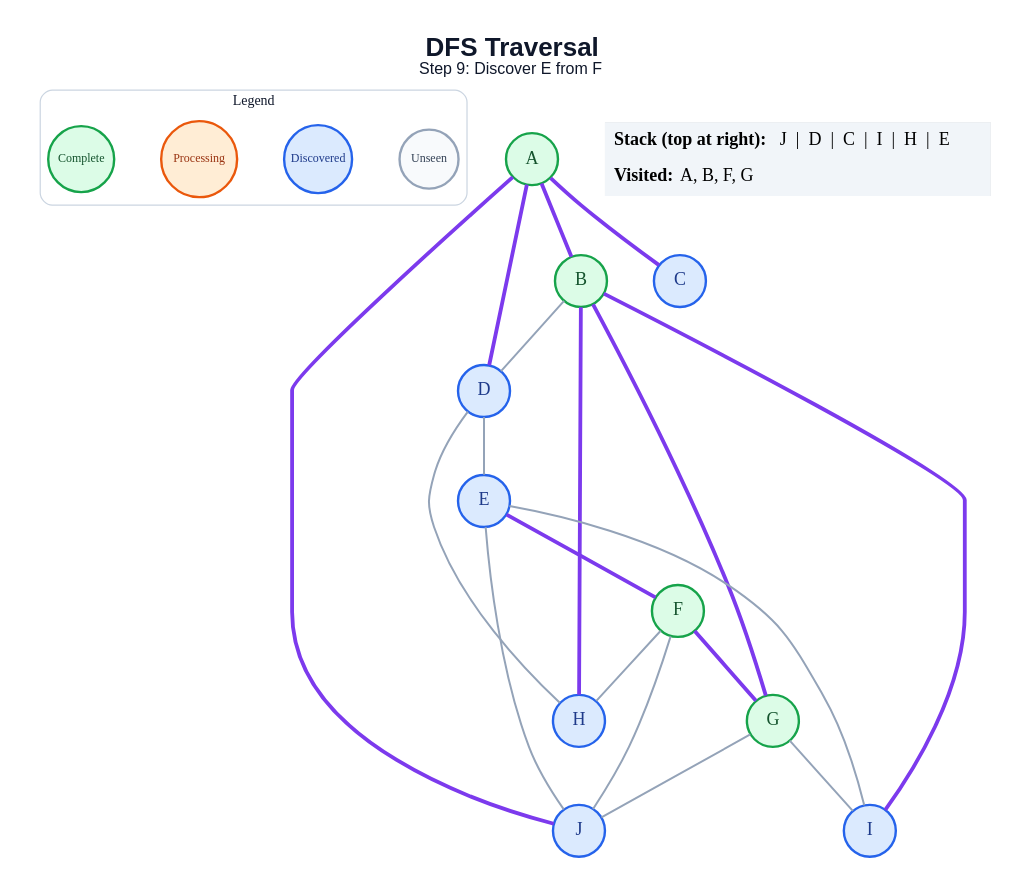
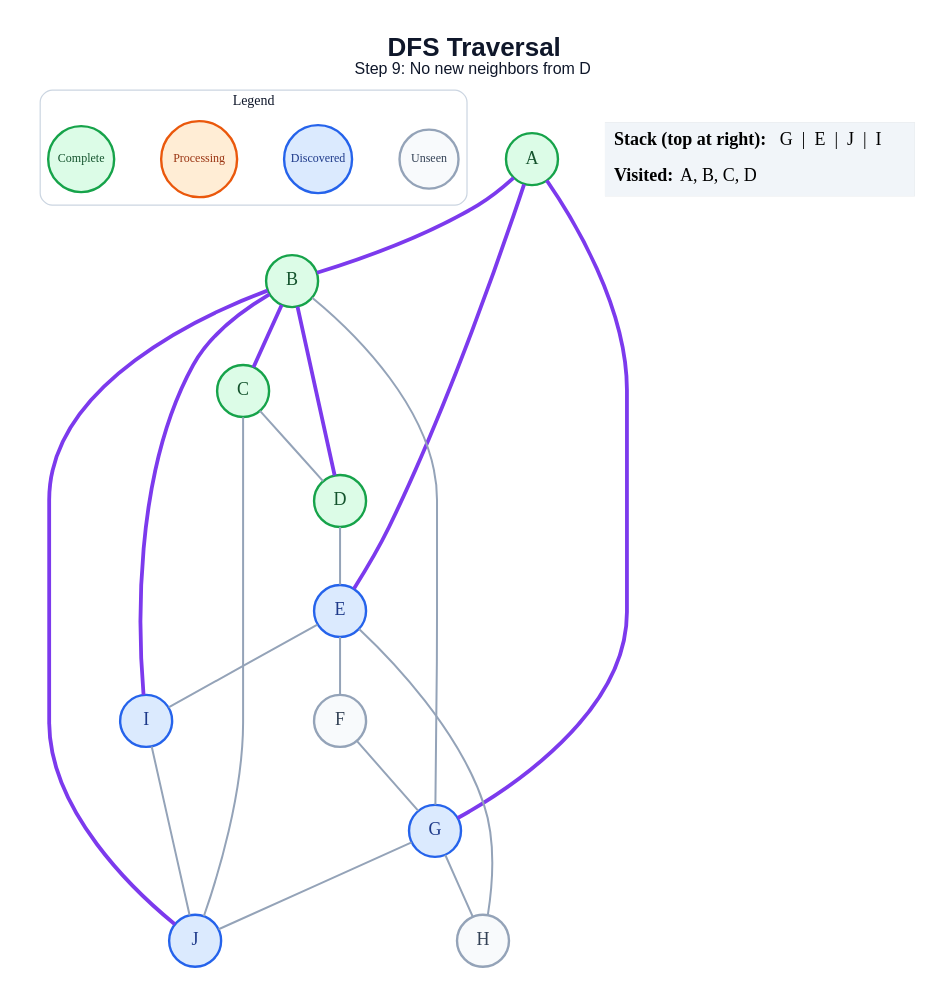
Before and after one commit to anon7238593-create/ai-slop: the diagram in generated/dfs/step_09.dot, drawn with Graphviz. The commit also changed 179 other files, not shown here.

```diff
--- a/generated/dfs/step_09.dot
+++ b/generated/dfs/step_09.dot
@@ -1,47 +1,47 @@
 graph traversal {
   graph [layout=dot, rankdir=TB, bgcolor="#FFFFFF", pad="0.35", nodesep="0.65", ranksep="0.8", fontname="Arial"];
   node [shape=circle, style="filled", fontname="Arial Bold", fontsize=18, width=0.72, fixedsize=true, penwidth=2.4];
   edge [color="#94A3B8", penwidth=2.0];
-  label=<<B>DFS Traversal</B><BR/><FONT POINT-SIZE="16">Step 9: Discover E from F</FONT>>; labelloc="t"; fontsize=26; fontname="Arial"; fontcolor="#0F172A";
+  label=<<B>DFS Traversal</B><BR/><FONT POINT-SIZE="16">Step 9: No new neighbors from D</FONT>>; labelloc="t"; fontsize=26; fontname="Arial"; fontcolor="#0F172A";
   subgraph cluster_legend { label="Legend"; color="#CBD5E1"; penwidth=1.2; style="rounded"; fontsize=14; fontname="Arial Bold";
     key_unseen [label="Unseen", fillcolor="#F8FAFC", color="#94A3B8", fontcolor="#334155", fontsize=12, width=0.82];
     key_frontier [label="Discovered", fillcolor="#DBEAFE", color="#2563EB", fontcolor="#1E3A8A", fontsize=12, width=0.95];
     key_current [label="Processing", fillcolor="#FFEDD5", color="#EA580C", fontcolor="#9A3412", fontsize=12, width=1.05];
     key_done [label="Complete", fillcolor="#DCFCE7", color="#16A34A", fontcolor="#14532D", fontsize=12, width=0.92];
     { rank=same; key_unseen; key_frontier; key_current; key_done; }
   }
   A [fillcolor="#DCFCE7", color="#16A34A", fontcolor="#14532D"];
   B [fillcolor="#DCFCE7", color="#16A34A", fontcolor="#14532D"];
-  C [fillcolor="#DBEAFE", color="#2563EB", fontcolor="#1E3A8A"];
-  D [fillcolor="#DBEAFE", color="#2563EB", fontcolor="#1E3A8A"];
+  C [fillcolor="#DCFCE7", color="#16A34A", fontcolor="#14532D"];
+  D [fillcolor="#DCFCE7", color="#16A34A", fontcolor="#14532D"];
   E [fillcolor="#DBEAFE", color="#2563EB", fontcolor="#1E3A8A"];
-  F [fillcolor="#DCFCE7", color="#16A34A", fontcolor="#14532D"];
-  G [fillcolor="#DCFCE7", color="#16A34A", fontcolor="#14532D"];
-  H [fillcolor="#DBEAFE", color="#2563EB", fontcolor="#1E3A8A"];
+  F [fillcolor="#F8FAFC", color="#94A3B8", fontcolor="#334155"];
+  G [fillcolor="#DBEAFE", color="#2563EB", fontcolor="#1E3A8A"];
+  H [fillcolor="#F8FAFC", color="#94A3B8", fontcolor="#334155"];
   I [fillcolor="#DBEAFE", color="#2563EB", fontcolor="#1E3A8A"];
   J [fillcolor="#DBEAFE", color="#2563EB", fontcolor="#1E3A8A"];
   A -- B [color="#7C3AED", penwidth=3.8];
-  A -- C [color="#7C3AED", penwidth=3.8];
-  A -- D [color="#7C3AED", penwidth=3.8];
-  A -- J [color="#7C3AED", penwidth=3.8];
-  B -- D;
-  B -- G [color="#7C3AED", penwidth=3.8];
-  B -- H [color="#7C3AED", penwidth=3.8];
+  A -- E [color="#7C3AED", penwidth=3.8];
+  A -- G [color="#7C3AED", penwidth=3.8];
+  B -- C [color="#7C3AED", penwidth=3.8];
+  B -- D [color="#7C3AED", penwidth=3.8];
+  B -- G;
   B -- I [color="#7C3AED", penwidth=3.8];
+  B -- J [color="#7C3AED", penwidth=3.8];
+  C -- D;
+  C -- J;
   D -- E;
-  D -- H;
-  E -- F [color="#7C3AED", penwidth=3.8];
+  E -- F;
+  E -- H;
   E -- I;
-  E -- J;
-  F -- G [color="#7C3AED", penwidth=3.8];
-  F -- H;
-  F -- J;
-  G -- I;
+  F -- G;
+  G -- H;
   G -- J;
+  I -- J;
   status [shape=plain, fixedsize=false, width=0, height=0, margin=0, label=<
     <TABLE BORDER="0" CELLBORDER="0" CELLPADDING="7" BGCOLOR="#F1F5F9">
-      <TR><TD ALIGN="LEFT"><B>Stack (top at right):</B> J  |  D  |  C  |  I  |  H  |  E</TD></TR>
-      <TR><TD ALIGN="LEFT"><B>Visited:</B> A, B, F, G</TD></TR>
+      <TR><TD ALIGN="LEFT"><B>Stack (top at right):</B> G  |  E  |  J  |  I</TD></TR>
+      <TR><TD ALIGN="LEFT"><B>Visited:</B> A, B, C, D</TD></TR>
     </TABLE>
   >];
 }
```
